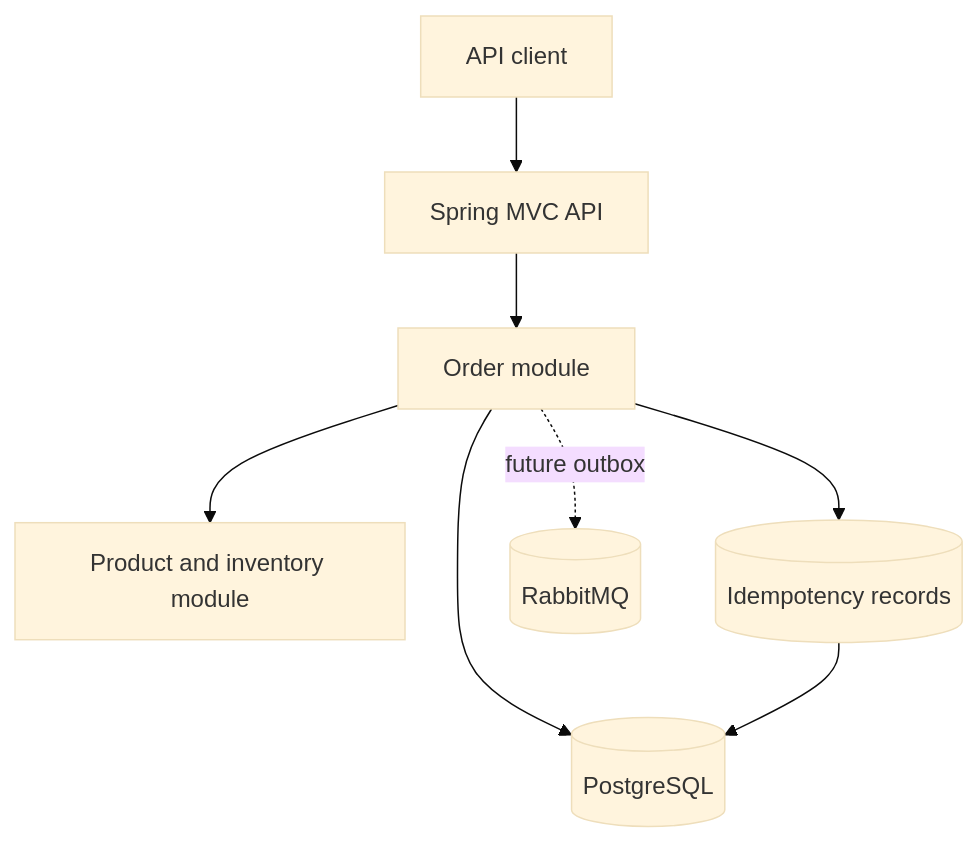
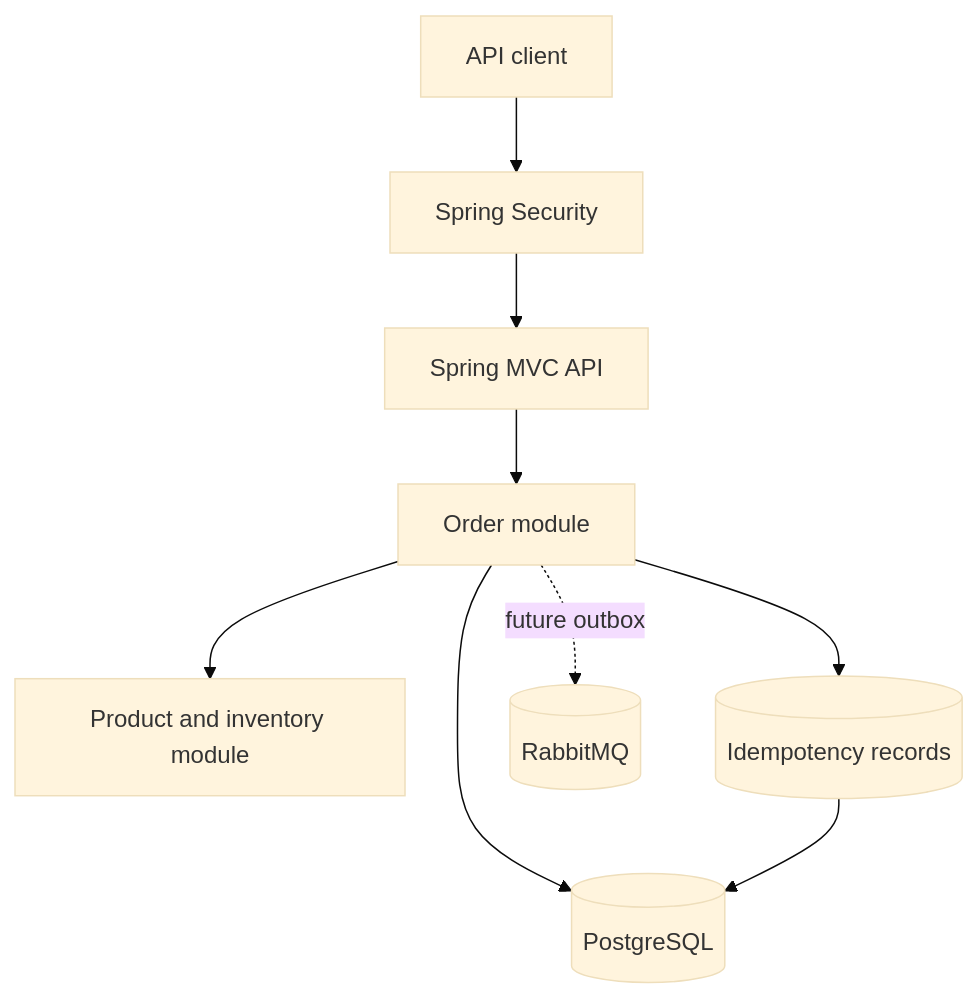
The diagram in README.md (tawsif113/spring-boot-rescue-lab), drawn with Mermaid (base theme) before and after one commit. The commit also changed other lines of this file and 21 other files, not shown here.

````diff
--- a/README.md
+++ b/README.md
@@ -47,10 +48,11 @@
 ```mermaid
 flowchart TD
-    Client[API client] --> API[Spring MVC API]
+    Client[API client] --> Security[Spring Security]
+    Security --> API[Spring MVC API]
     API --> Orders[Order module]
     Orders --> Products[Product and inventory module]
     Orders --> PostgreSQL[(PostgreSQL)]
     Orders --> Idempotency[(Idempotency records)]
     Orders -. future outbox .-> RabbitMQ[(RabbitMQ)]
     Idempotency --> PostgreSQL
 ```
````
